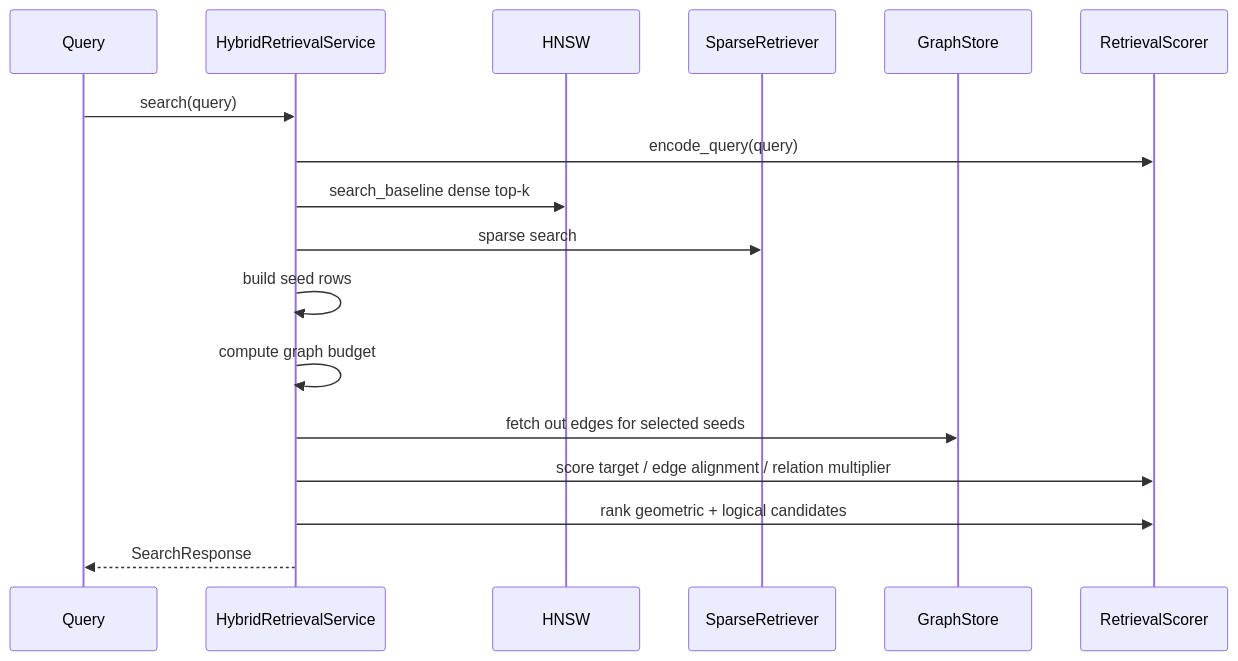
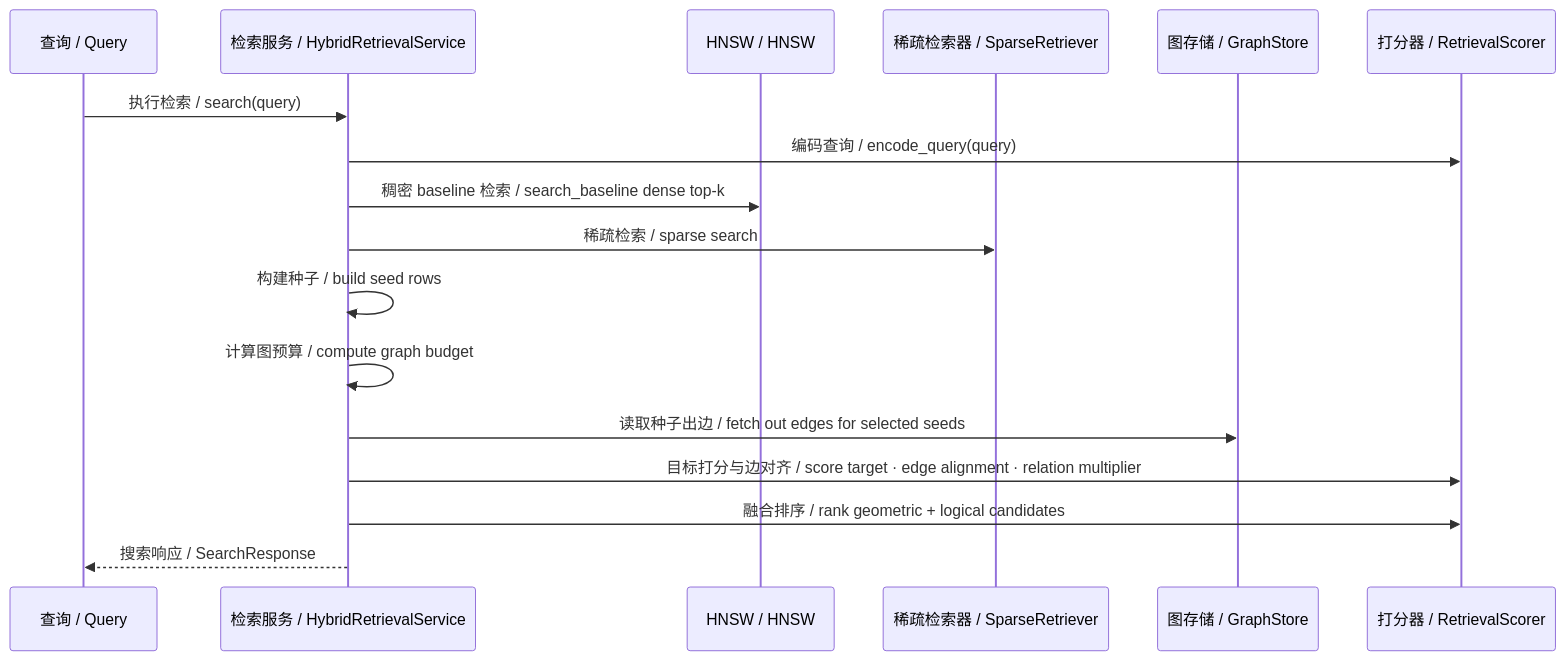
Before and after one commit to DocuMind-Team/gl-hnsw: the fourth of 4 diagrams in docs/architecture.md, drawn with Mermaid. The commit also changed other lines of this file and 1 other file, not shown here.

Commit message:
docs(mermaid): bilingualize diagram labels

````diff
--- a/docs/architecture.md
+++ b/docs/architecture.md
@@ -438,20 +438,20 @@
 ```mermaid
 sequenceDiagram
-    participant Q as Query
-    participant R as HybridRetrievalService
-    participant H as HNSW
-    participant S as SparseRetriever
-    participant G as GraphStore
-    participant C as RetrievalScorer
+    participant Q as 查询 / Query
+    participant R as 检索服务 / HybridRetrievalService
+    participant H as HNSW / HNSW
+    participant S as 稀疏检索器 / SparseRetriever
+    participant G as 图存储 / GraphStore
+    participant C as 打分器 / RetrievalScorer
 
-    Q->>R: search(query)
-    R->>C: encode_query(query)
-    R->>H: search_baseline dense top-k
-    R->>S: sparse search
-    R->>R: build seed rows
-    R->>R: compute graph budget
-    R->>G: fetch out edges for selected seeds
-    R->>C: score target / edge alignment / relation multiplier
-    R->>C: rank geometric + logical candidates
-    R-->>Q: SearchResponse
+    Q->>R: 执行检索 / search(query)
+    R->>C: 编码查询 / encode_query(query)
+    R->>H: 稠密 baseline 检索 / search_baseline dense top-k
+    R->>S: 稀疏检索 / sparse search
+    R->>R: 构建种子 / build seed rows
+    R->>R: 计算图预算 / compute graph budget
+    R->>G: 读取种子出边 / fetch out edges for selected seeds
+    R->>C: 目标打分与边对齐 / score target · edge alignment · relation multiplier
+    R->>C: 融合排序 / rank geometric + logical candidates
+    R-->>Q: 搜索响应 / SearchResponse
 ```
````
